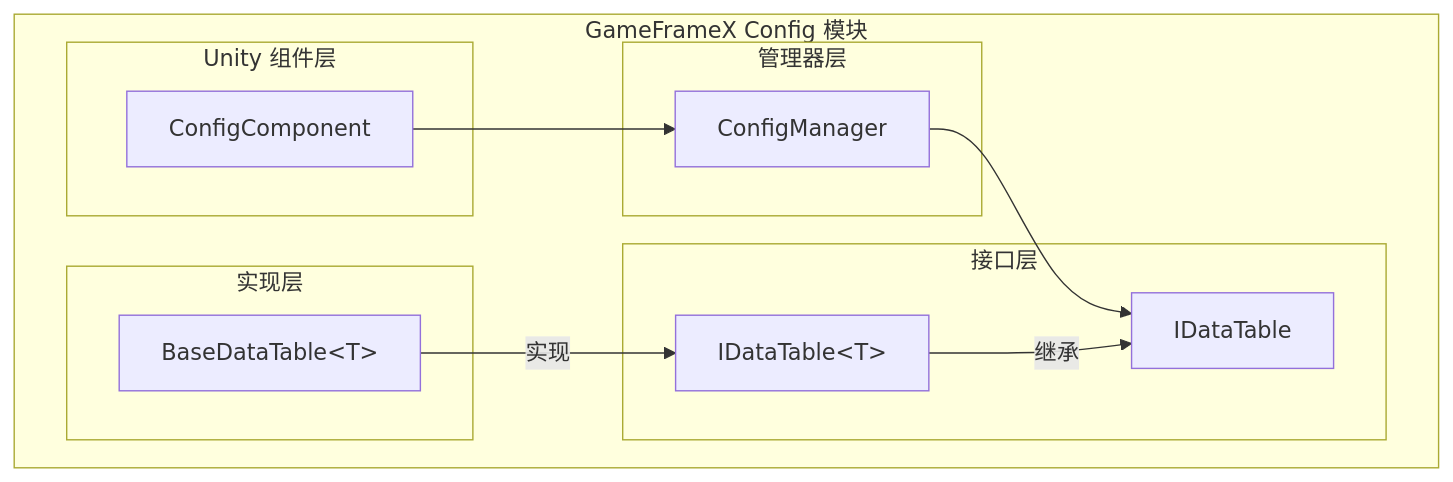
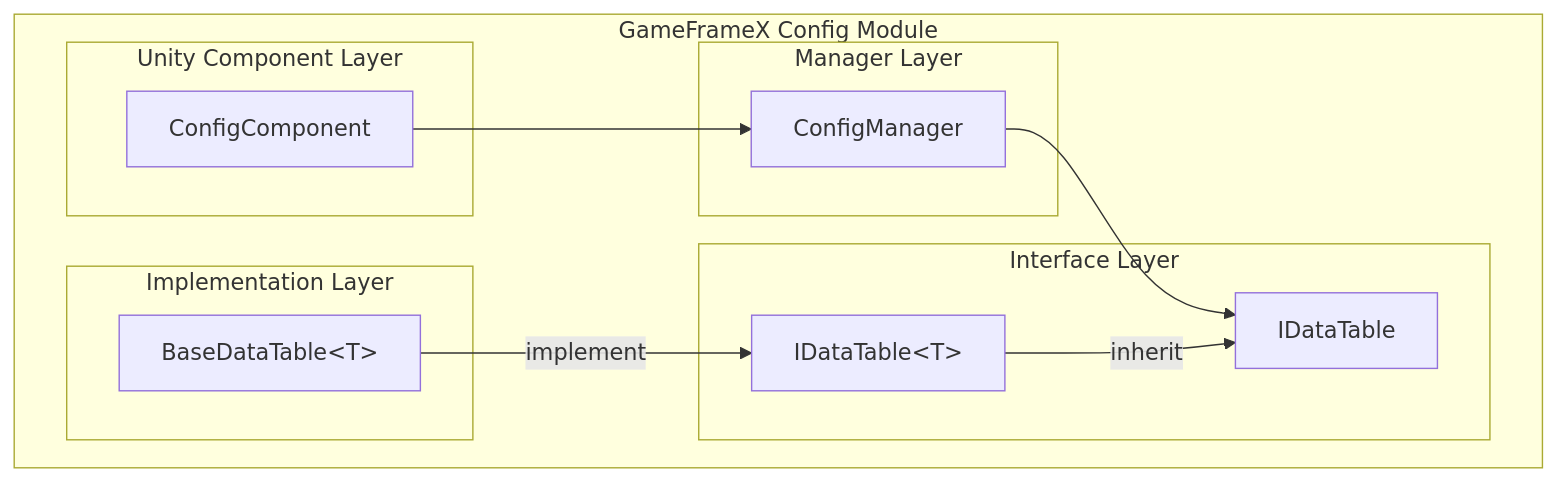
The first of 2 diagrams in docs/en/client/unity/component/config/03.getting-started.md (AlianBlank/GameFrameX.Docs), drawn with Mermaid before and after one commit. The commit also changed other lines of this file and 242 other files, not shown here.

First line of the commit message:
docs(en/unity/component): 补全组件目录文档

````diff
--- a/docs/en/client/unity/component/config/03.getting-started.md
+++ b/docs/en/client/unity/component/config/03.getting-started.md
@@ -16,26 +16,26 @@
 ```mermaid
 flowchart TD
-    subgraph GameFrameX_Config["GameFrameX Config 模块"]
-        subgraph UnityComponent["Unity 组件层"]
+    subgraph GameFrameX_Config["GameFrameX Config Module"]
+        subgraph UnityComponent["Unity Component Layer"]
             CC[ConfigComponent]
         end
-        
-        subgraph ManagerLayer["管理器层"]
+
+        subgraph ManagerLayer["Manager Layer"]
             CM[ConfigManager]
         end
-        
-        subgraph InterfaceLayer["接口层"]
+
+        subgraph InterfaceLayer["Interface Layer"]
             IDT[IDataTable]
             IDTG[IDataTable&lt;T&gt;]
         end
-        
-        subgraph ImplementationLayer["实现层"]
+
+        subgraph ImplementationLayer["Implementation Layer"]
             BDT[BaseDataTable&lt;T&gt;]
         end
     end
-    
+
     CC --> CM
     CM --> IDT
-    IDTG -->|继承| IDT
-    BDT -->|实现| IDTG
+    IDTG -->|inherit| IDT
+    BDT -->|implement| IDTG
 ```
````
